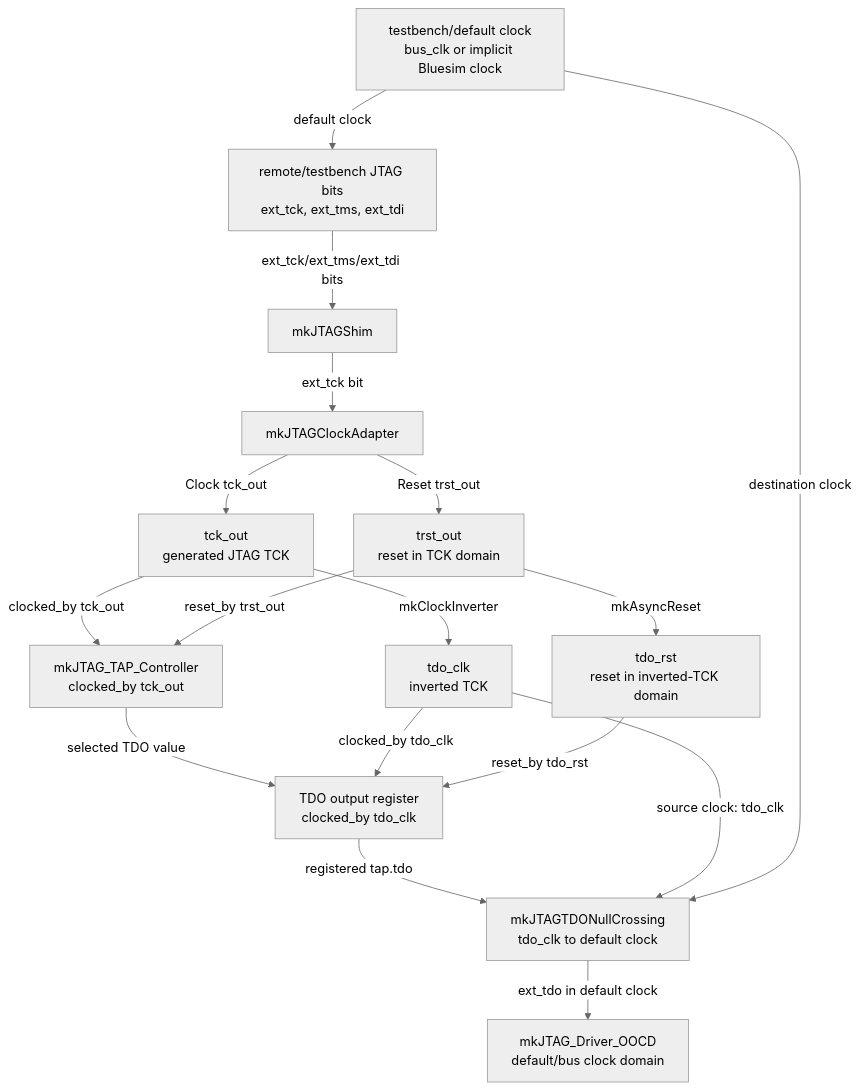
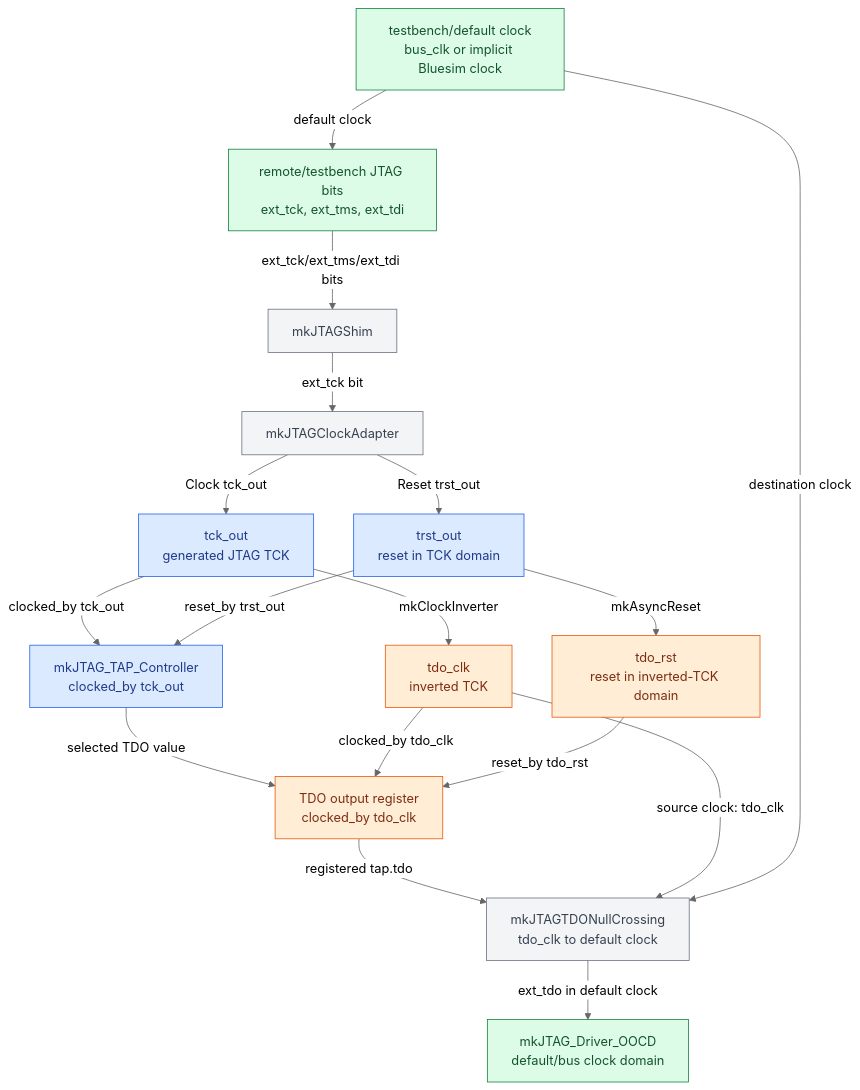
Before and after one commit to timksf/bluej: the diagram in docs/jtag_clocking.md, drawn with Mermaid (neutral theme). The commit also changed other lines of this file, not shown here.

````diff
--- a/docs/jtag_clocking.md
+++ b/docs/jtag_clocking.md
@@ -32,38 +34,48 @@
 ```mermaid
 flowchart TD
     TB["testbench/default clock<br/>bus_clk or implicit Bluesim clock"]
 
     EXT["remote/testbench JTAG bits<br/>ext_tck, ext_tms, ext_tdi"]
     SHIM["mkJTAGShim"]
     ADAPT["mkJTAGClockAdapter"]
 
     TCK["tck_out<br/>generated JTAG TCK"]
     TRST["trst_out<br/>reset in TCK domain"]
     TDOCLK["tdo_clk<br/>inverted TCK"]
     TDORST["tdo_rst<br/>reset in inverted-TCK domain"]
 
     TAP["mkJTAG_TAP_Controller<br/>clocked_by tck_out"]
     TDOREG["TDO output register<br/>clocked_by tdo_clk"]
 
     OOCD["mkJTAG_Driver_OOCD<br/>default/bus clock domain"]
     TDONC["mkJTAGTDONullCrossing<br/>tdo_clk to default clock"]
 
     TB -->|"default clock"| EXT
     EXT -->|"ext_tck/ext_tms/ext_tdi bits"| SHIM
     SHIM -->|"ext_tck bit"| ADAPT
     ADAPT -->|"Clock tck_out"| TCK
     ADAPT -->|"Reset trst_out"| TRST
     TCK -->|"mkClockInverter"| TDOCLK
     TRST -->|"mkAsyncReset"| TDORST
 
     TCK -->|"clocked_by tck_out"| TAP
     TRST -->|"reset_by trst_out"| TAP
     TAP -->|"selected TDO value"| TDOREG
     TDOCLK -->|"clocked_by tdo_clk"| TDOREG
     TDORST -->|"reset_by tdo_rst"| TDOREG
 
     TDOREG -->|"registered tap.tdo"| TDONC
     TDOCLK -->|"source clock: tdo_clk"| TDONC
     TB -->|"destination clock"| TDONC
     TDONC -->|"ext_tdo in default clock"| OOCD
+
+    classDef defaultDomain fill:#dcfce7,stroke:#15803d,color:#14532d
+    classDef tckDomain fill:#dbeafe,stroke:#2563eb,color:#1e3a8a
+    classDef tdoDomain fill:#ffedd5,stroke:#ea580c,color:#7c2d12
+    classDef crossing fill:#f3f4f6,stroke:#6b7280,color:#374151
+
+    class TB,EXT,OOCD defaultDomain
+    class TCK,TRST,TAP tckDomain
+    class TDOCLK,TDORST,TDOREG tdoDomain
+    class SHIM,ADAPT,TDONC crossing
 ```
````
